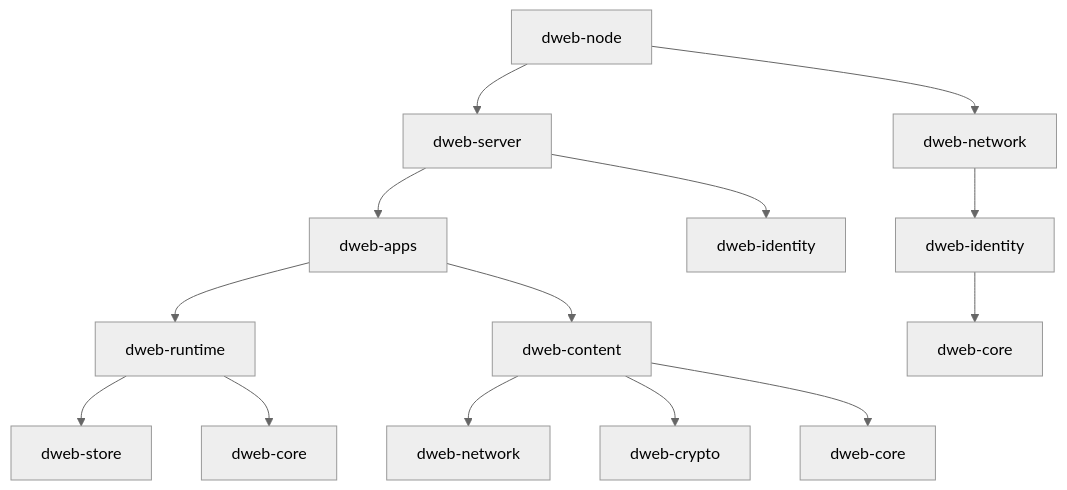
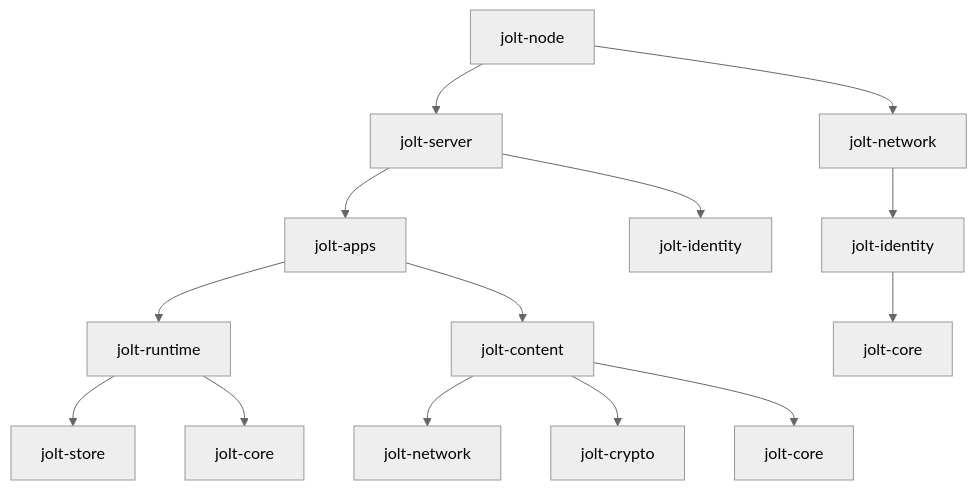
The second of 2 diagrams in docs/01-architecture.md (alexanderwanyoike/jolt), drawn with Mermaid (neutral theme) before and after one commit. The commit also changed other lines of this file and 148 other files, not shown here.

Commit message:
Rename dweb to jolt and improve daemon discovery

````diff
--- a/docs/01-architecture.md
+++ b/docs/01-architecture.md
@@ -80,21 +80,21 @@
 ```mermaid
 graph TD
-    node[dweb-node] --> server[dweb-server]
-    node --> net2[dweb-network]
+    node[jolt-node] --> server[jolt-server]
+    node --> net2[jolt-network]
 
-    server --> apps[dweb-apps]
-    server --> id1[dweb-identity]
+    server --> apps[jolt-apps]
+    server --> id1[jolt-identity]
 
-    apps --> rt[dweb-runtime]
-    apps --> content[dweb-content]
+    apps --> rt[jolt-runtime]
+    apps --> content[jolt-content]
 
-    rt --> store[dweb-store]
-    rt --> core1[dweb-core]
+    rt --> store[jolt-store]
+    rt --> core1[jolt-core]
 
-    content --> net1[dweb-network]
-    content --> crypto[dweb-crypto]
-    content --> core2[dweb-core]
+    content --> net1[jolt-network]
+    content --> crypto[jolt-crypto]
+    content --> core2[jolt-core]
 
-    net2 --> id2[dweb-identity]
-    id2 --> core3[dweb-core]
+    net2 --> id2[jolt-identity]
+    id2 --> core3[jolt-core]
 ```
````
